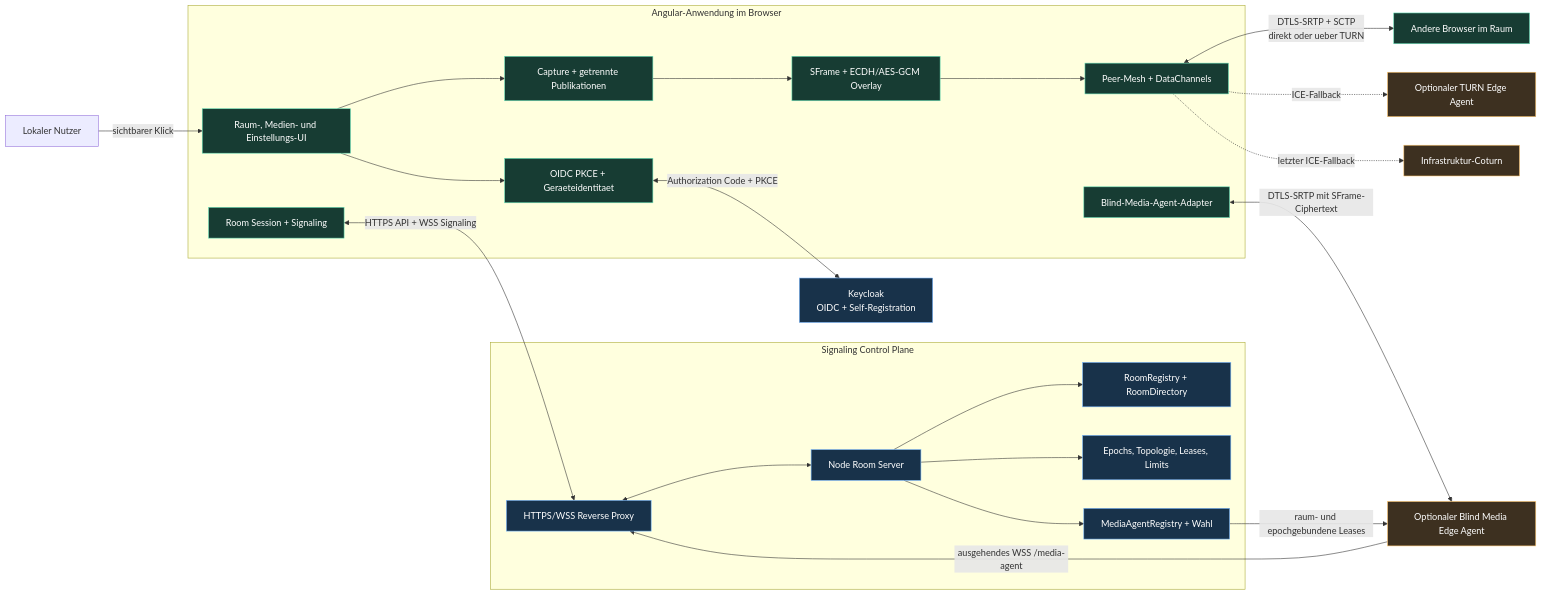
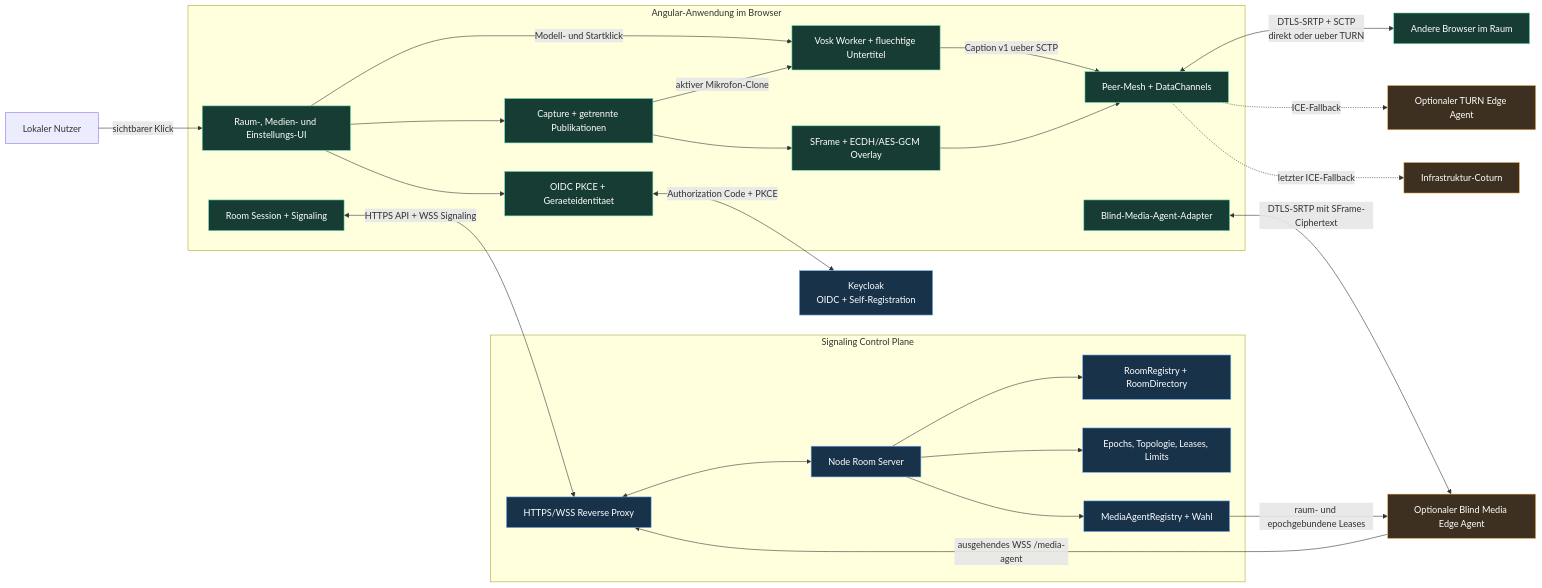
One commit to ananta888/webrtc-minimize-server changed the first of 14 diagrams in docs/current-architecture-uml.md. Above: the diagram before and after it, drawn with Mermaid. The commit also changed other lines of this file and 36 other files, not shown here.

Commit message:
feat(captions): add local Vosk live transcription

````diff
--- a/docs/current-architecture-uml.md
+++ b/docs/current-architecture-uml.md
@@ -28,55 +29,59 @@
 ```mermaid
 flowchart LR
     User["Lokaler Nutzer"]
 
     subgraph Browser["Angular-Anwendung im Browser"]
         UI["Raum-, Medien- und Einstellungs-UI"]
         Auth["OIDC PKCE + Geraeteidentitaet"]
         Session["Room Session + Signaling"]
         Mesh["Peer-Mesh + DataChannels"]
         Media["Capture + getrennte Publikationen"]
+        Captions["Vosk Worker + fluechtige Untertitel"]
         E2EE["SFrame + ECDH/AES-GCM Overlay"]
         AgentAdapter["Blind-Media-Agent-Adapter"]
     end
 
     subgraph Control["Signaling Control Plane"]
         Proxy["HTTPS/WSS Reverse Proxy"]
         Node["Node Room Server"]
         Membership["RoomRegistry + RoomDirectory"]
         Policy["Epochs, Topologie, Leases, Limits"]
         AgentRegistry["MediaAgentRegistry + Wahl"]
     end
 
     Keycloak["Keycloak\nOIDC + Self-Registration"]
     Other["Andere Browser im Raum"]
     InfraTurn["Infrastruktur-Coturn"]
     EdgeTurn["Optionaler TURN Edge Agent"]
     MediaAgent["Optionaler Blind Media Edge Agent"]
 
     User -->|"sichtbarer Klick"| UI
     UI --> Auth
     UI --> Media
+    UI -->|"Modell- und Startklick"| Captions
+    Media -->|"aktiver Mikrofon-Clone"| Captions
     Auth <-->|"Authorization Code + PKCE"| Keycloak
     Session <-->|"HTTPS API + WSS Signaling"| Proxy
     Proxy <--> Node
     Node --> Membership
     Node --> Policy
     Node --> AgentRegistry
 
     Mesh <-->|"DTLS-SRTP + SCTP\ndirekt oder ueber TURN"| Other
+    Captions -->|"Caption v1 ueber SCTP"| Mesh
     Mesh -.->|"ICE-Fallback"| EdgeTurn
     Mesh -.->|"letzter ICE-Fallback"| InfraTurn
     Media --> E2EE
     E2EE --> Mesh
 
     AgentAdapter <-->|"DTLS-SRTP mit SFrame-Ciphertext"| MediaAgent
     MediaAgent -->|"ausgehendes WSS /media-agent"| Proxy
     AgentRegistry -->|"raum- und epochgebundene Leases"| MediaAgent
 
     classDef control fill:#18324a,stroke:#79b8ff,color:#fff;
     classDef data fill:#173c33,stroke:#66e0b7,color:#fff;
     classDef relay fill:#3d3020,stroke:#ffc66d,color:#fff;
     class Node,Membership,Policy,AgentRegistry,Proxy,Keycloak control;
-    class UI,Auth,Session,Mesh,Media,E2EE,AgentAdapter,Other data;
+    class UI,Auth,Session,Mesh,Media,Captions,E2EE,AgentAdapter,Other data;
     class InfraTurn,EdgeTurn,MediaAgent relay;
 ```
````
